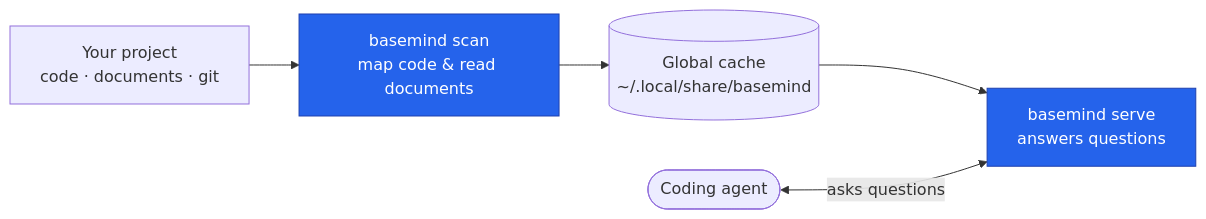
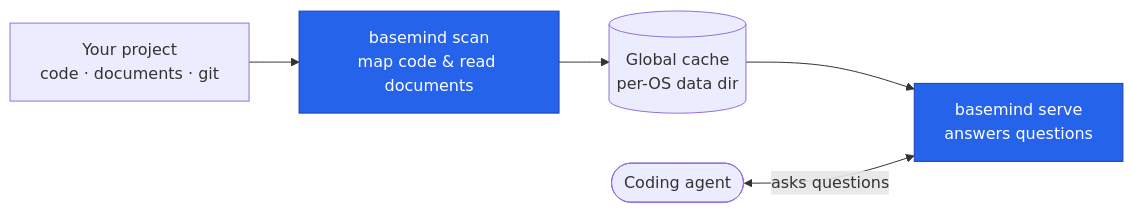
One commit to Goldziher/basemind changed the first of 2 diagrams in README.md. Above: the diagram before and after it, drawn with Mermaid. The commit also changed other lines of this file and 27 other files, not shown here.

````diff
--- a/README.md
+++ b/README.md
@@ -379,12 +379,12 @@
 ```mermaid
 flowchart LR
   A(["Coding agent"])
   R["Your project<br/>code · documents · git"]
   S["basemind scan<br/>map code & read documents"]
-  D[("Global cache<br/>~/.local/share/basemind")]
+  D[("Global cache<br/>per-OS data dir")]
   V["basemind serve<br/>answers questions"]
   R --> S --> D --> V
   A <-->|asks questions| V
   classDef accent fill:#2563eb,stroke:#1e40af,color:#fff
   class S,V accent
 ```
````
